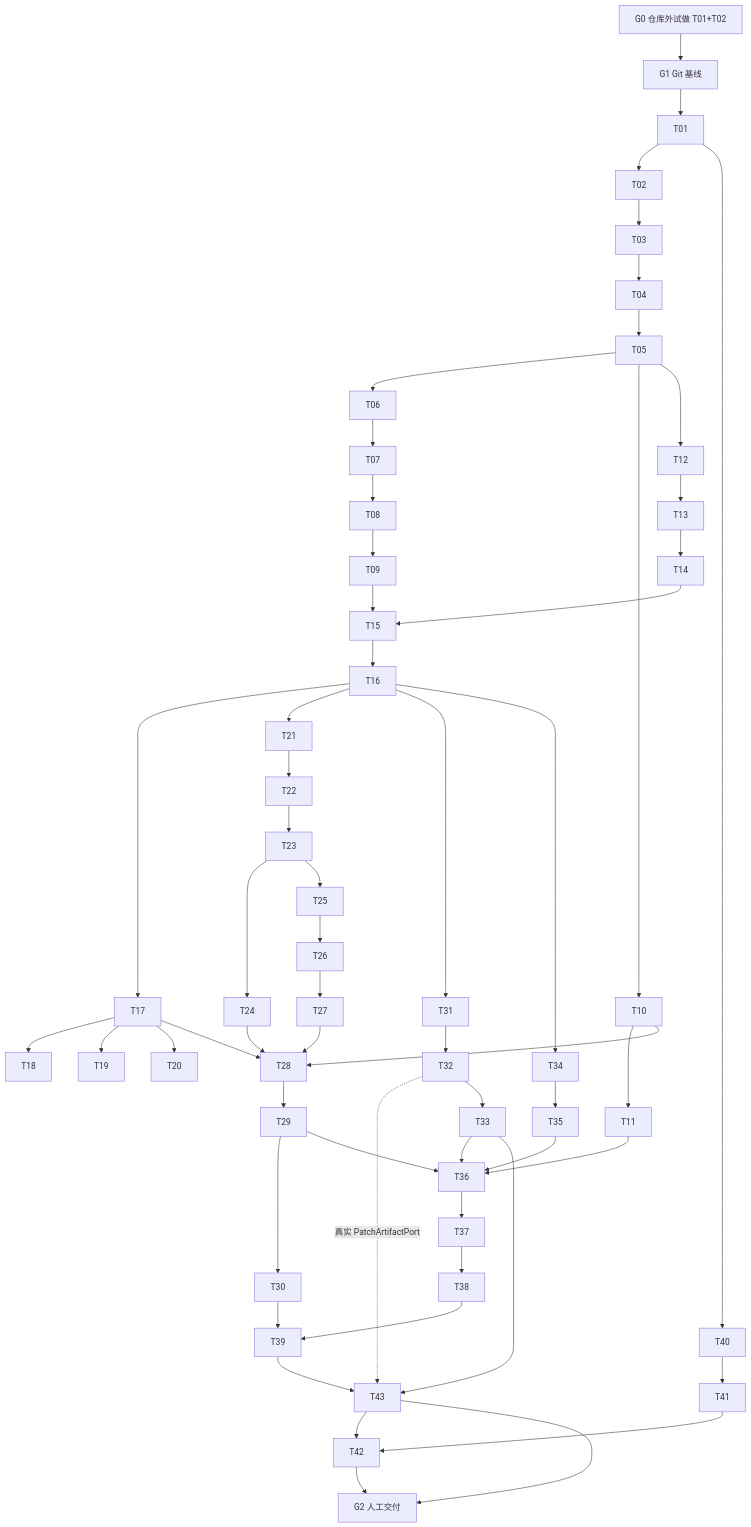
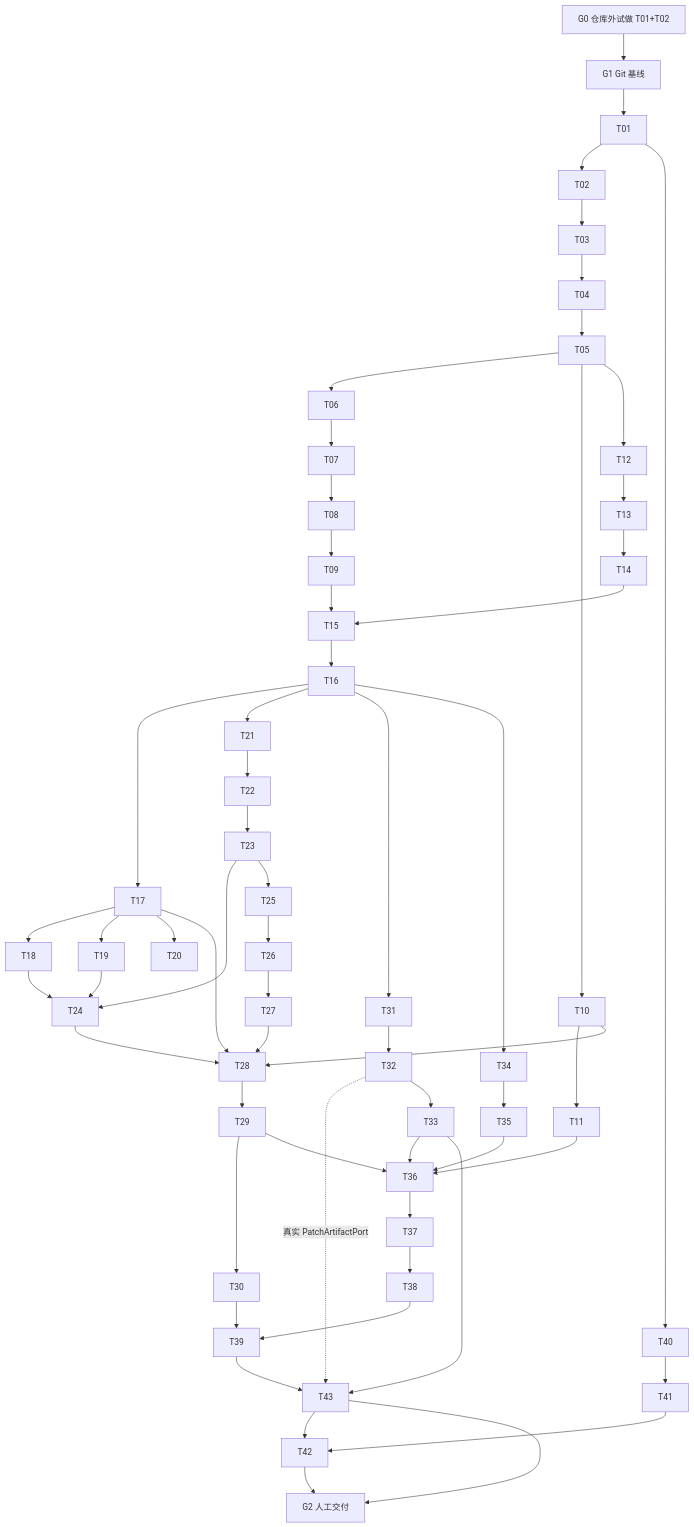
The diagram in PLAN.md (xinyue-L01/guardedcoder), drawn with Mermaid before and after one commit. The commit also changed other lines of this file and 1 other file, not shown here.

````diff
--- a/PLAN.md
+++ b/PLAN.md
@@ -181,38 +181,40 @@
 ```mermaid
 flowchart TB
   G0[G0 仓库外试做 T01+T02]
   G1[G1 Git 基线]
   G0 --> G1 --> T01 --> T02 --> T03 --> T04 --> T05
   T05 --> T06 --> T07 --> T08 --> T09
   T05 --> T10 --> T11
   T05 --> T12 --> T13 --> T14 --> T15
   T09 --> T15
   T15 --> T16 --> T17 --> T18
   T17 --> T19
   T17 --> T20
   T16 --> T21 --> T22 --> T23 --> T24
+  T18 --> T24
+  T19 --> T24
   T23 --> T25 --> T26 --> T27
   T10 --> T28
   T24 --> T28
   T17 --> T28
   T27 --> T28
   T28 --> T29
   T32 -.->|真实 PatchArtifactPort| T43
   T29 --> T30
   T16 --> T31 --> T32 --> T33
   T16 --> T34 --> T35
   T29 --> T36
   T11 --> T36
   T33 --> T36
   T35 --> T36
   T36 --> T37 --> T38
   T30 --> T39
   T38 --> T39
   T01 --> T40 --> T41
   T39 --> T43
   T33 --> T43
   T41 --> T42
   T43 --> T42
   T42 --> G2[G2 人工交付]
   T43 --> G2
 ```
````
